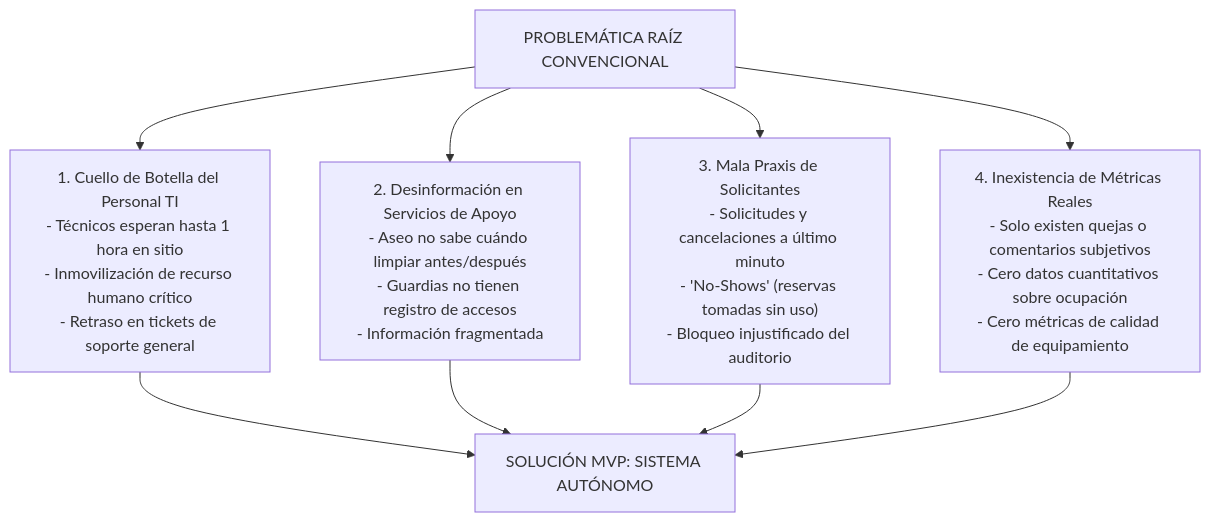
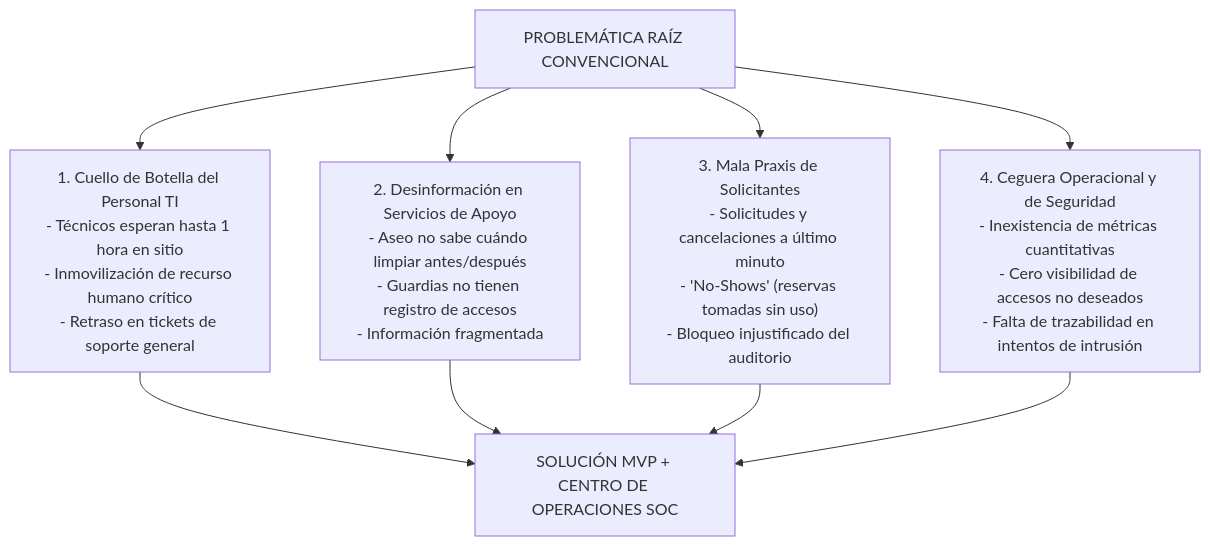
The third of 12 diagrams in informe_fase_1_definicion_proyecto.md (IMANDOI/sistema-gestion-auditorios-capstone), drawn with Mermaid before and after one commit. The commit also changed other lines of this file, not shown here.

Commit message:
feat(fase1): integrar Centro de Operaciones SOC y telemetria de ciberseguridad (informe_fase_1_definicion_proyecto.md)

````diff
--- a/informe_fase_1_definicion_proyecto.md
+++ b/informe_fase_1_definicion_proyecto.md
@@ -127,14 +127,14 @@
 ```mermaid
 graph TD
     P[PROBLEMÁTICA RAÍZ CONVENCIONAL]
     
     P --> P1["1. Cuello de Botella del Personal TI<br>- Técnicos esperan hasta 1 hora en sitio<br>- Inmovilización de recurso humano crítico<br>- Retraso en tickets de soporte general"]
     P --> P2["2. Desinformación en Servicios de Apoyo<br>- Aseo no sabe cuándo limpiar antes/después<br>- Guardias no tienen registro de accesos<br>- Información fragmentada"]
     P --> P3["3. Mala Praxis de Solicitantes<br>- Solicitudes y cancelaciones a último minuto<br>- 'No-Shows' (reservas tomadas sin uso)<br>- Bloqueo injustificado del auditorio"]
-    P --> P4["4. Inexistencia de Métricas Reales<br>- Solo existen quejas o comentarios subjetivos<br>- Cero datos cuantitativos sobre ocupación<br>- Cero métricas de calidad de equipamiento"]
+    P --> P4["4. Ceguera Operacional y de Seguridad<br>- Inexistencia de métricas cuantitativas<br>- Cero visibilidad de accesos no deseados<br>- Falta de trazabilidad en intentos de intrusión"]
 
-    P1 --> S["SOLUCIÓN MVP: SISTEMA AUTÓNOMO"]
+    P1 --> S["SOLUCIÓN MVP + CENTRO DE OPERACIONES SOC"]
     P2 --> S
     P3 --> S
     P4 --> S
 ```
````
